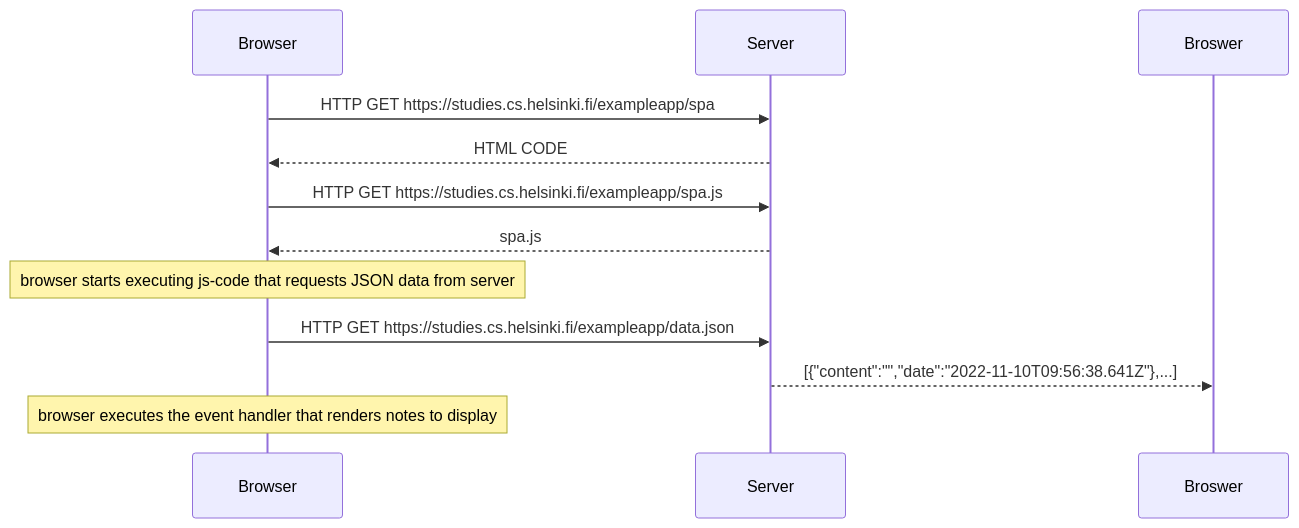
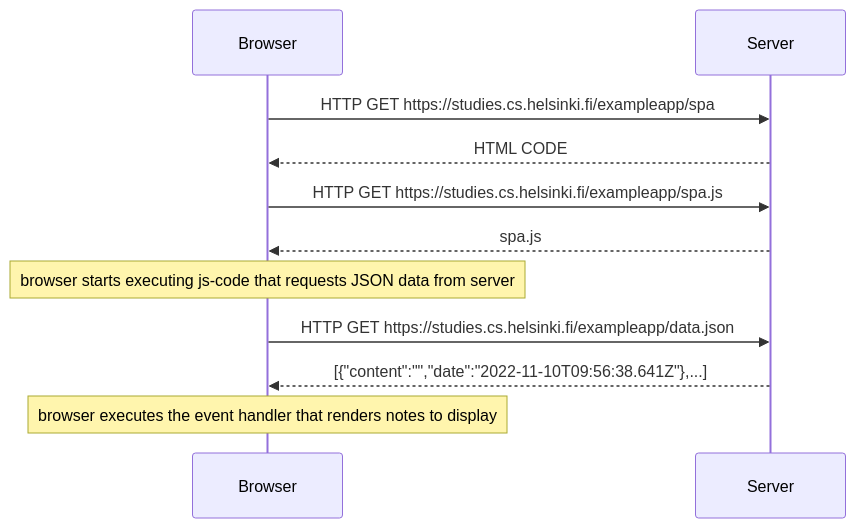
Before and after one commit to zerohk/fullstackopen-2022: the diagram in part0/0.5 single page app.md, drawn with Mermaid.

Commit message:
Update 0.5 single page app.md

````diff
--- a/part0/0.5 single page app.md
+++ b/part0/0.5 single page app.md
@@ -1,13 +1,13 @@
 ```mermaid
 sequenceDiagram
 Browser ->> Server : HTTP GET https://studies.cs.helsinki.fi/exampleapp/spa
 Server -->> Browser : HTML CODE
 Browser ->> Server : HTTP GET https://studies.cs.helsinki.fi/exampleapp/spa.js
 Server -->> Browser : spa.js
 note over Browser : browser starts executing js-code that requests JSON data from server 
 Browser ->> Server : HTTP GET https://studies.cs.helsinki.fi/exampleapp/data.json
-Server -->> Broswer : [{"content":"","date":"2022-11-10T09:56:38.641Z"},...]
+Server -->> Browser : [{"content":"","date":"2022-11-10T09:56:38.641Z"},...]
 note over Browser : browser executes the event handler that renders notes to display
 
 
 ```
````
